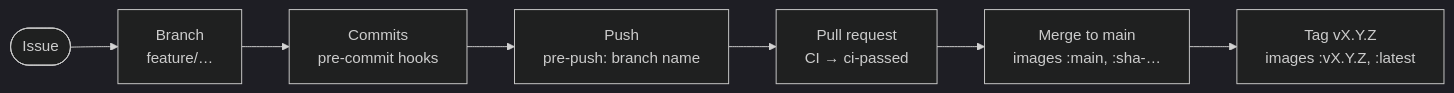
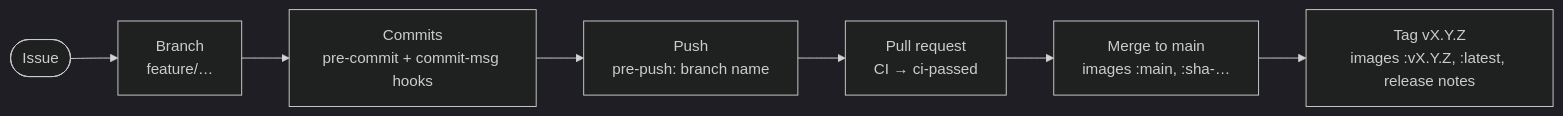
The diagram in docs/content/handbook/development/ways-of-working.md (cyberscallywags/sgaffald), drawn with Mermaid (dark theme) before and after one commit. The commit also changed other lines of this file and 4 other files, not shown here.

````diff
--- a/docs/content/handbook/development/ways-of-working.md
+++ b/docs/content/handbook/development/ways-of-working.md
@@ -6,9 +6,9 @@
 ```mermaid
 flowchart LR
     issue([Issue]) --> branch["Branch<br/>feature/…"]
-    branch --> commit["Commits<br/>pre-commit hooks"]
+    branch --> commit["Commits<br/>pre-commit + commit-msg hooks"]
     commit --> push["Push<br/>pre-push: branch name"]
     push --> pr["Pull request<br/>CI → ci-passed"]
     pr --> main["Merge to main<br/>images :main, :sha-…"]
-    main --> tag["Tag vX.Y.Z<br/>images :vX.Y.Z, :latest"]
+    main --> tag["Tag vX.Y.Z<br/>images :vX.Y.Z, :latest, release notes"]
 ```
````
